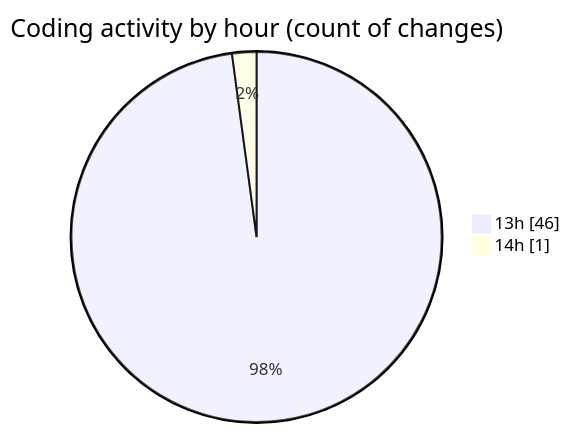
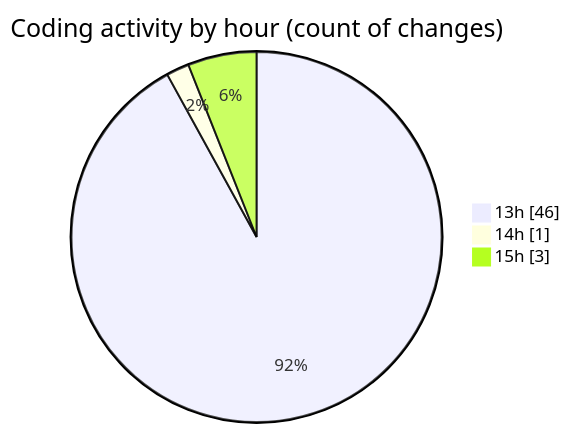
One commit to momahboobian/code-tracking changed the second of 2 diagrams in 2026-07-16/cda/README.md. Above: the diagram before and after it, drawn with Mermaid. The commit also changed other lines of this file and 1 other file, not shown here.

````diff
--- a/2026-07-16/cda/README.md
+++ b/2026-07-16/cda/README.md
@@ -63,6 +65,7 @@
 ```mermaid
 pie showData
 title Coding activity by hour (count of changes)
 "13h" : 46
 "14h" : 1
+"15h" : 3
 ```
````
